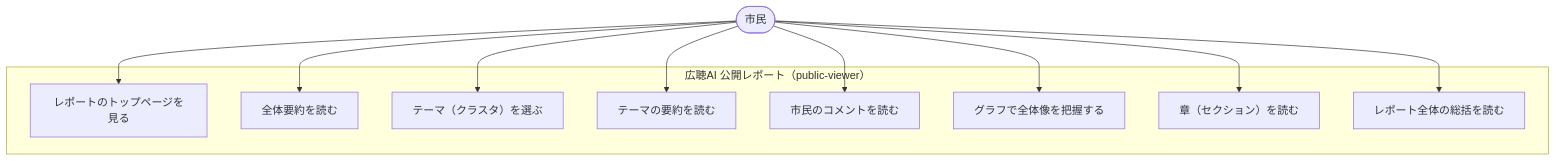
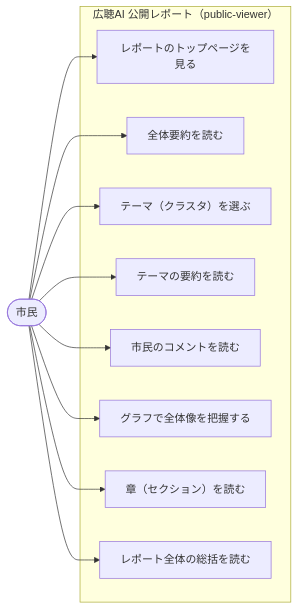
The second of 2 diagrams in 要求仕様ユースケース.md (henrigrohmann/BroadListeningTools), drawn with Mermaid before and after one commit. The commit also changed other lines of this file, not shown here.

Commit message:
要求仕様ユースケース.md を更新

````diff
--- a/要求仕様ユースケース.md
+++ b/要求仕様ユースケース.md
@@ -60,30 +60,30 @@
 ```mermaid
 %% 市民向けユースケース図（広聴AI public-viewer）
 
-flowchart TB
+flowchart LR
 
     %% アクター
     Citizen([市民])
 
     %% システム境界
     subgraph PublicViewer[広聴AI 公開レポート（public-viewer）]
         UC1[レポートのトップページを見る]
         UC2[全体要約を読む]
         UC3[テーマ（クラスタ）を選ぶ]
         UC4[テーマの要約を読む]
         UC5[市民のコメントを読む]
         UC6[グラフで全体像を把握する]
         UC7[章（セクション）を読む]
         UC8[レポート全体の総括を読む]
     end
 
     %% 関係
     Citizen --> UC1
     Citizen --> UC2
     Citizen --> UC3
     Citizen --> UC4
     Citizen --> UC5
     Citizen --> UC6
     Citizen --> UC7
     Citizen --> UC8
 ```
````
